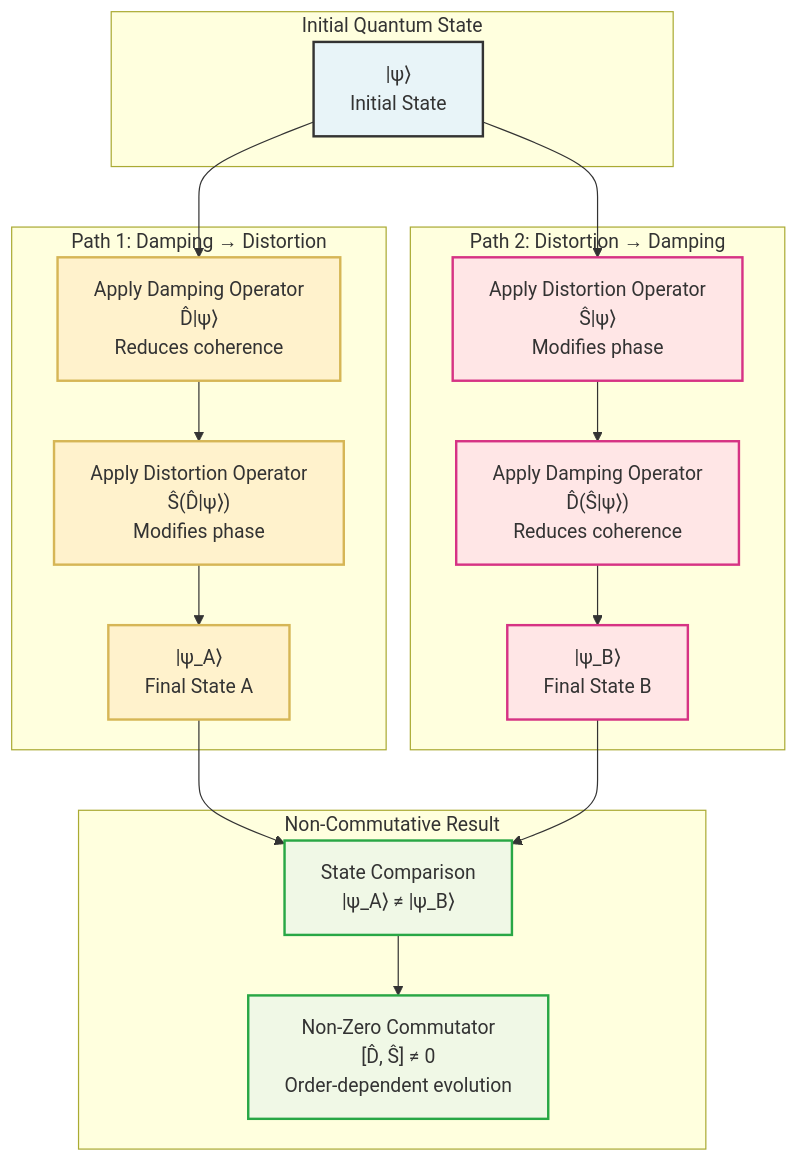
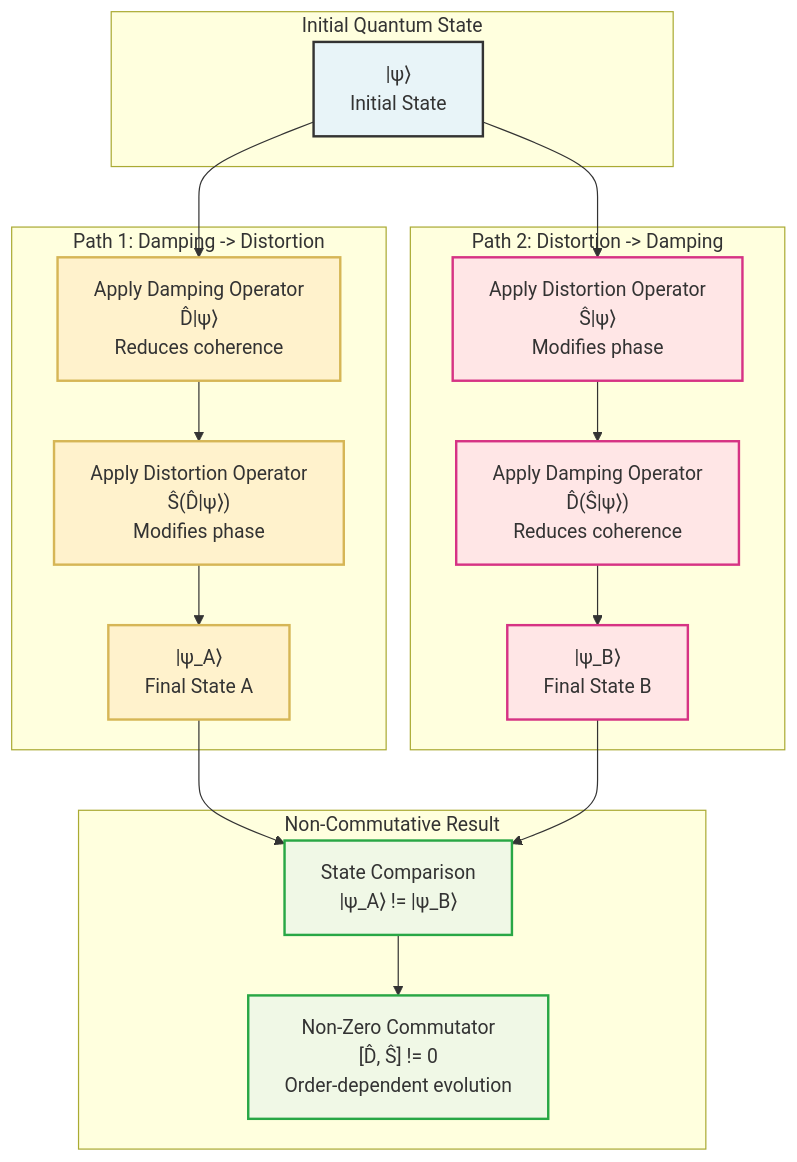
One commit to Foundup/Foundups-Agent changed the third of 7 diagrams in WSP_knowledge/docs/Papers/rESP_Quantum_Self_Reference.md. Above: the diagram before and after it, drawn with Mermaid. The commit also changed other lines of this file and 2140 other files, not shown here.

````diff
--- a/WSP_knowledge/docs/Papers/rESP_Quantum_Self_Reference.md
+++ b/WSP_knowledge/docs/Papers/rESP_Quantum_Self_Reference.md
@@ -623,34 +623,34 @@
 ```mermaid
 graph TD
     subgraph "Initial Quantum State"
         PSI["|ψ⟩<br/>Initial State"]
     end
     
-    subgraph "Path 1: Damping → Distortion"
+    subgraph "Path 1: Damping -> Distortion"
         PSI --> D1["Apply Damping Operator<br/>D̂|ψ⟩<br/>Reduces coherence"]
         D1 --> S1["Apply Distortion Operator<br/>Ŝ(D̂|ψ⟩)<br/>Modifies phase"]
         S1 --> PSI_A["|ψ_A⟩<br/>Final State A"]
     end
     
-    subgraph "Path 2: Distortion → Damping"
+    subgraph "Path 2: Distortion -> Damping"
         PSI --> S2["Apply Distortion Operator<br/>Ŝ|ψ⟩<br/>Modifies phase"]
         S2 --> D2["Apply Damping Operator<br/>D̂(Ŝ|ψ⟩)<br/>Reduces coherence"]
         D2 --> PSI_B["|ψ_B⟩<br/>Final State B"]
     end
     
     subgraph "Non-Commutative Result"
-        PSI_A --> COMPARISON["State Comparison<br/>|ψ_A⟩ ≠ |ψ_B⟩"]
+        PSI_A --> COMPARISON["State Comparison<br/>|ψ_A⟩ != |ψ_B⟩"]
         PSI_B --> COMPARISON
-        COMPARISON --> COMMUTATOR["Non-Zero Commutator<br/>[D̂, Ŝ] ≠ 0<br/>Order-dependent evolution"]
+        COMPARISON --> COMMUTATOR["Non-Zero Commutator<br/>[D̂, Ŝ] != 0<br/>Order-dependent evolution"]
     end
     
     classDef initial fill:#e8f4f8,stroke:#333,stroke-width:2px
     classDef path1 fill:#fff2cc,stroke:#d6b656,stroke-width:2px
     classDef path2 fill:#ffe6e6,stroke:#d63384,stroke-width:2px
     classDef result fill:#f0f8e6,stroke:#28a745,stroke-width:2px
     
     class PSI initial
     class D1,S1,PSI_A path1
     class S2,D2,PSI_B path2
     class COMPARISON,COMMUTATOR result
 ```
````
